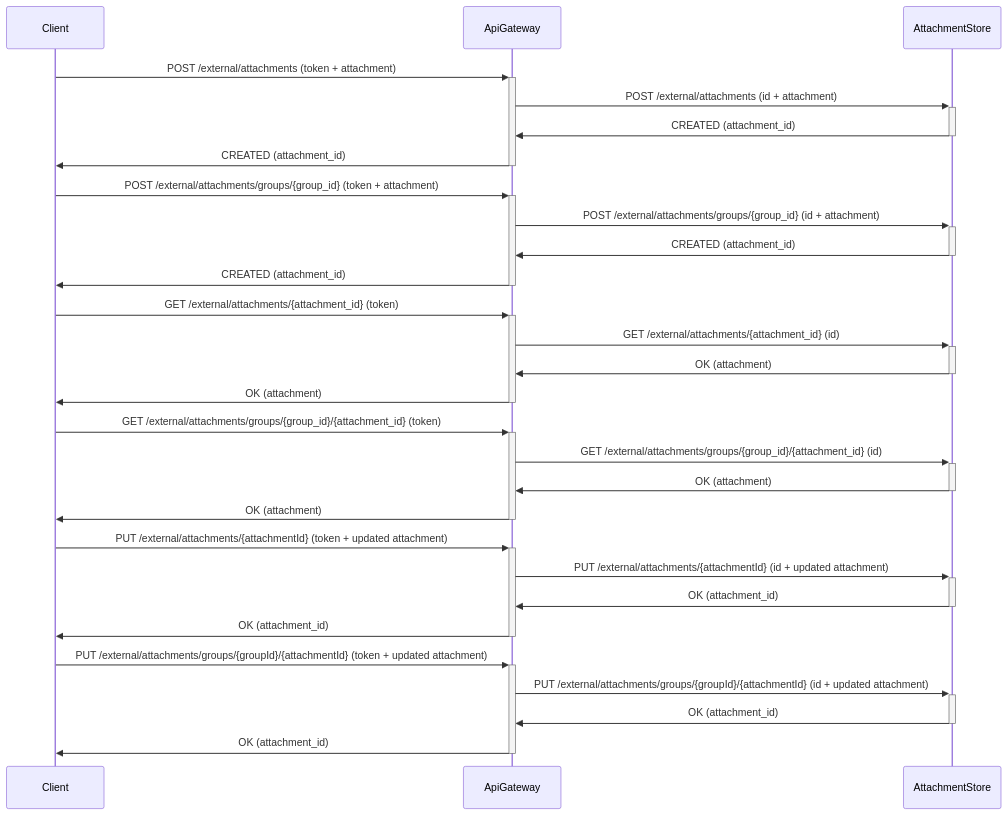
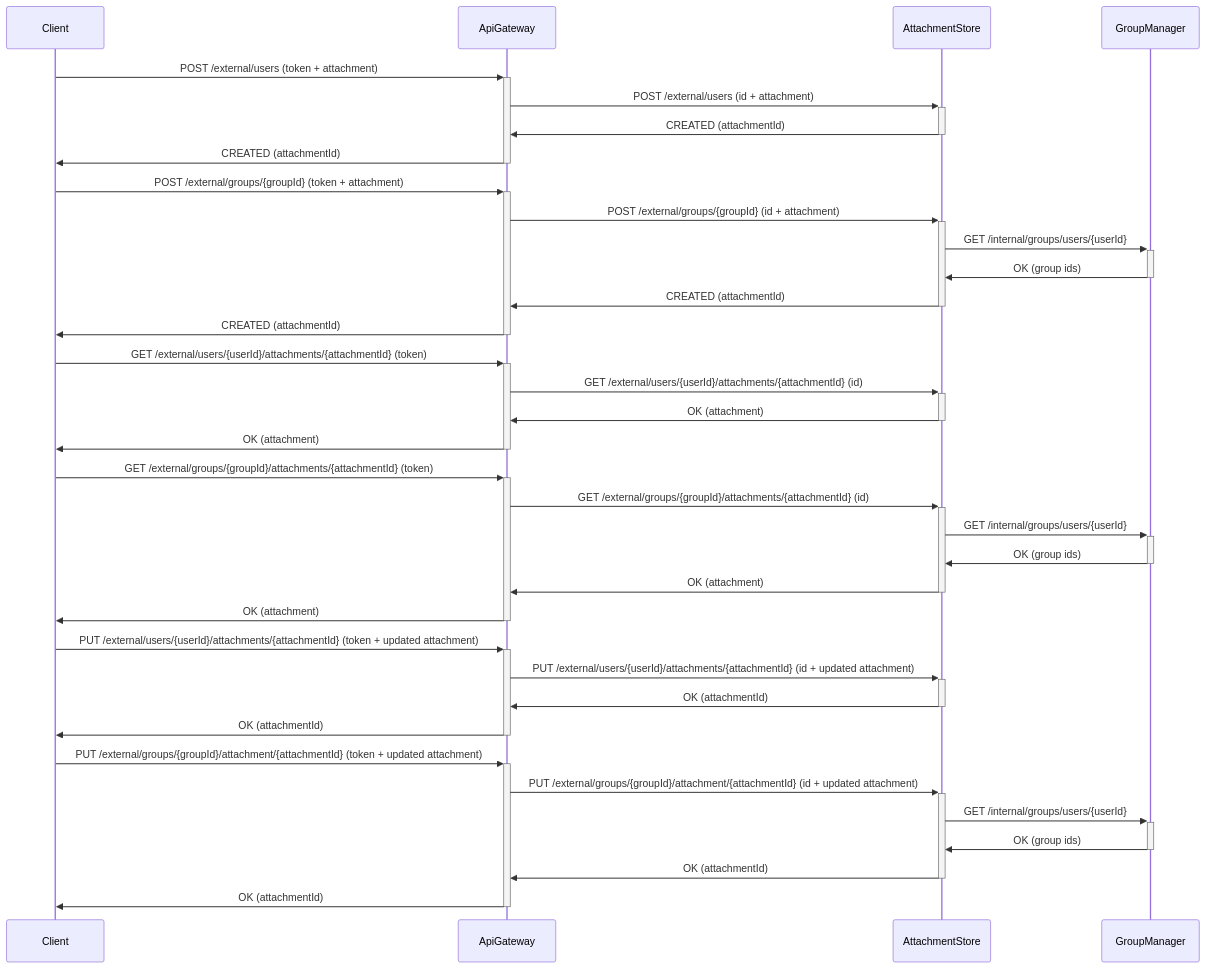
Before and after one commit to Group-Expense-Manager/gem-docs: diagram 11 of 11 in docs/diagrams.md, drawn with Mermaid. The commit also changed other lines of this file and 1 other file, not shown here.

Commit message:
updated flow diagrams & database classes

````diff
--- a/docs/diagrams.md
+++ b/docs/diagrams.md
@@ -396,34 +440,40 @@
 ```mermaid
 sequenceDiagram
 
-Client->>+ApiGateway: POST /external/attachments (token + attachment)
-ApiGateway->>+AttachmentStore: POST /external/attachments (id + attachment)
-AttachmentStore->>-ApiGateway: CREATED (attachment_id)
-ApiGateway->>-Client: CREATED (attachment_id)
+Client->>+ApiGateway: POST /external/users (token + attachment)
+ApiGateway->>+AttachmentStore: POST /external/users (id + attachment)
+AttachmentStore->>-ApiGateway: CREATED (attachmentId)
+ApiGateway->>-Client: CREATED (attachmentId)
 
-Client->>+ApiGateway: POST /external/attachments/groups/{group_id} (token + attachment)
-ApiGateway->>+AttachmentStore: POST /external/attachments/groups/{group_id} (id + attachment)
-AttachmentStore->>-ApiGateway: CREATED (attachment_id)
-ApiGateway->>-Client: CREATED (attachment_id)
+Client->>+ApiGateway: POST /external/groups/{groupId} (token + attachment)
+ApiGateway->>+AttachmentStore: POST /external/groups/{groupId} (id + attachment)
+AttachmentStore->>+GroupManager: GET /internal/groups/users/{userId}
+GroupManager->>-AttachmentStore: OK (group ids)
+AttachmentStore->>-ApiGateway: CREATED (attachmentId)
+ApiGateway->>-Client: CREATED (attachmentId)
 
-Client->>+ApiGateway: GET /external/attachments/{attachment_id} (token)
-ApiGateway->>+AttachmentStore: GET /external/attachments/{attachment_id}  (id)
+Client->>+ApiGateway: GET /external/users/{userId}/attachments/{attachmentId} (token)
+ApiGateway->>+AttachmentStore: GET /external/users/{userId}/attachments/{attachmentId}  (id)
 AttachmentStore->>-ApiGateway: OK (attachment)
 ApiGateway->>-Client: OK (attachment)
 
-Client->>+ApiGateway: GET /external/attachments/groups/{group_id}/{attachment_id} (token)
-ApiGateway->>+AttachmentStore: GET /external/attachments/groups/{group_id}/{attachment_id}  (id)
+Client->>+ApiGateway: GET /external/groups/{groupId}/attachments/{attachmentId} (token)
+ApiGateway->>+AttachmentStore: GET /external/groups/{groupId}/attachments/{attachmentId}  (id)
+AttachmentStore->>+GroupManager: GET /internal/groups/users/{userId}
+GroupManager->>-AttachmentStore: OK (group ids)
 AttachmentStore->>-ApiGateway: OK (attachment)
 ApiGateway->>-Client: OK (attachment)
 
-Client->>+ApiGateway: PUT /external/attachments/{attachmentId} (token + updated attachment)
-ApiGateway->>+AttachmentStore: PUT /external/attachments/{attachmentId} (id + updated attachment)
-AttachmentStore->>-ApiGateway: OK (attachment_id)
-ApiGateway->>-Client: OK (attachment_id)
+Client->>+ApiGateway: PUT /external/users/{userId}/attachments/{attachmentId} (token + updated attachment)
+ApiGateway->>+AttachmentStore: PUT /external/users/{userId}/attachments/{attachmentId} (id + updated attachment)
+AttachmentStore->>-ApiGateway: OK (attachmentId)
+ApiGateway->>-Client: OK (attachmentId)
 
-Client->>+ApiGateway: PUT /external/attachments/groups/{groupId}/{attachmentId} (token + updated attachment)
-ApiGateway->>+AttachmentStore: PUT /external/attachments/groups/{groupId}/{attachmentId} (id + updated attachment)
-AttachmentStore->>-ApiGateway: OK (attachment_id)
-ApiGateway->>-Client: OK (attachment_id)
+Client->>+ApiGateway: PUT /external/groups/{groupId}/attachment/{attachmentId} (token + updated attachment)
+ApiGateway->>+AttachmentStore: PUT /external/groups/{groupId}/attachment/{attachmentId} (id + updated attachment)
+AttachmentStore->>+GroupManager: GET /internal/groups/users/{userId}
+GroupManager->>-AttachmentStore: OK (group ids)
+AttachmentStore->>-ApiGateway: OK (attachmentId)
+ApiGateway->>-Client: OK (attachmentId)
 
 ```
````
